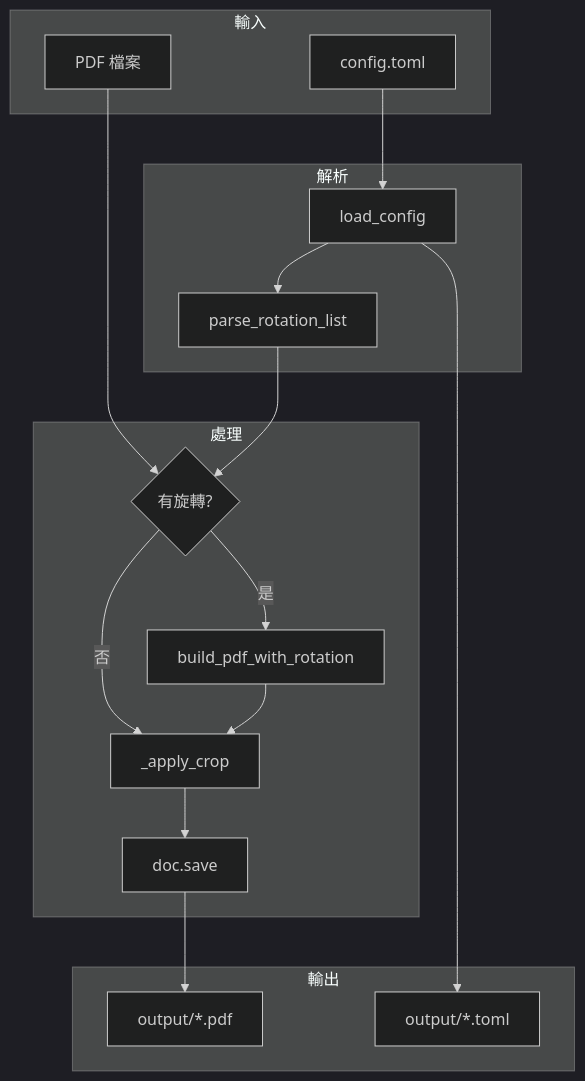
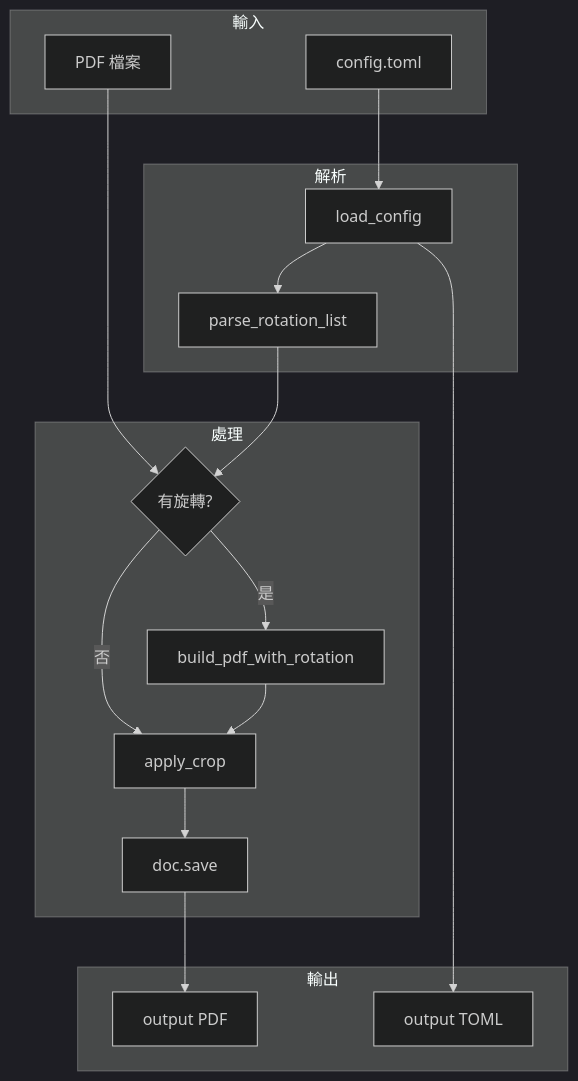
Before and after one commit to alexcode-cc/ebook-crop: the diagram in docs-cht/TECHNICAL_ANALYSIS.md, drawn with Mermaid (dark theme). The commit also changed 1 other file, not shown here.

Commit message:
fix(docs): 修正 mermaid 節點標籤特殊字元導致解析失敗
Made-with: Cursor

````diff
--- a/docs-cht/TECHNICAL_ANALYSIS.md
+++ b/docs-cht/TECHNICAL_ANALYSIS.md
@@ -48,35 +48,35 @@
 ```mermaid
 flowchart TD
-    subgraph Input [輸入]
-        A[config.toml]
-        B[PDF 檔案]
+    subgraph Input["輸入"]
+        A["config.toml"]
+        B["PDF 檔案"]
     end
 
-    subgraph Parse [解析]
-        C[load_config]
-        D[parse_rotation_list]
+    subgraph Parse["解析"]
+        C["load_config"]
+        D["parse_rotation_list"]
     end
 
-    subgraph Process [處理]
-        E{有旋轉?}
-        F[build_pdf_with_rotation]
-        G[_apply_crop]
-        H[doc.save]
+    subgraph Process["處理"]
+        E{"有旋轉?"}
+        F["build_pdf_with_rotation"]
+        G["apply_crop"]
+        H["doc.save"]
     end
 
-    subgraph Output [輸出]
-        I[output/*.pdf]
-        J[output/*.toml]
+    subgraph Output["輸出"]
+        I["output PDF"]
+        J["output TOML"]
     end
 
     A --> C
     C --> D
     B --> E
     D --> E
     E -- 是 --> F
     E -- 否 --> G
     F --> G
     G --> H
     H --> I
     C --> J
 ```
````
